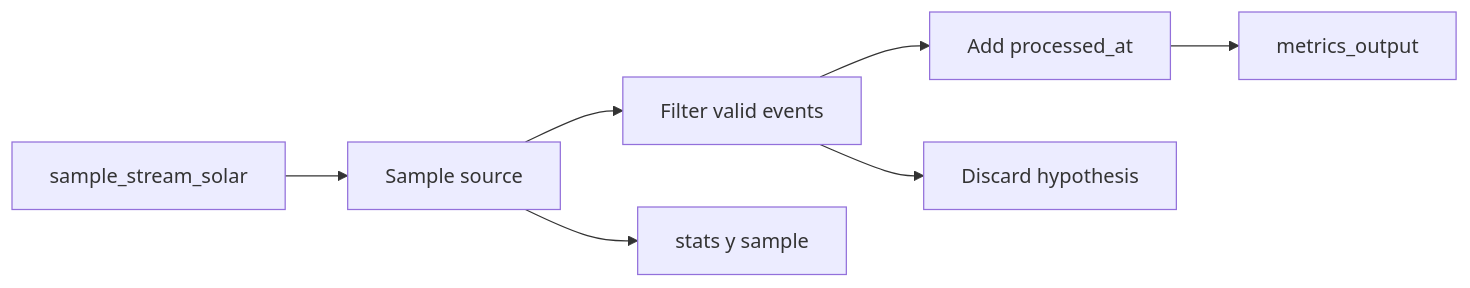
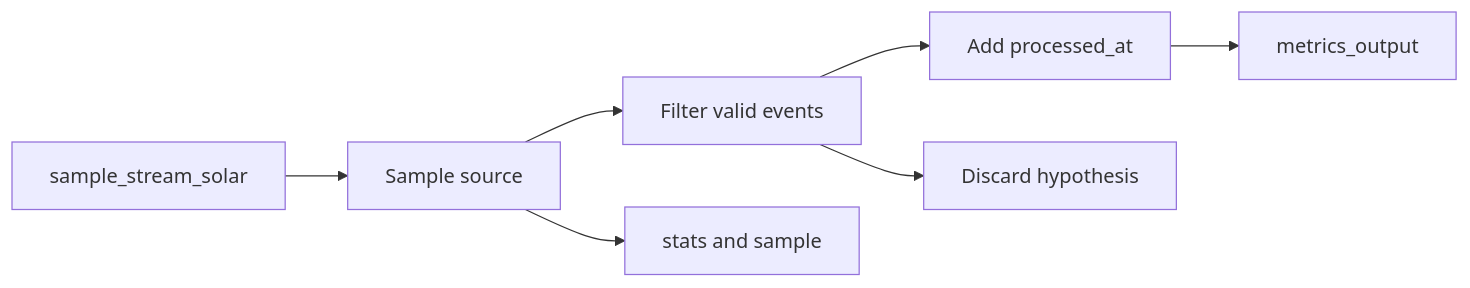
Before and after one commit to unai-ss/atlas-stream-processor-playground: the diagram in projects/07-metrics-observability/README.md, drawn with Mermaid. The commit also changed other lines of this file and 4 other files, not shown here.

````diff
--- a/projects/07-metrics-observability/README.md
+++ b/projects/07-metrics-observability/README.md
@@ -37,9 +37,9 @@
 ```mermaid
 flowchart LR
    A[sample_stream_solar] --> B[Sample source]
    B --> C[Filter valid events]
     C --> D[Add processed_at]
     D --> E[metrics_output]
-    B --> F[stats y sample]
+   B --> F[stats and sample]
    C --> G[Discard hypothesis]
 ```
````
